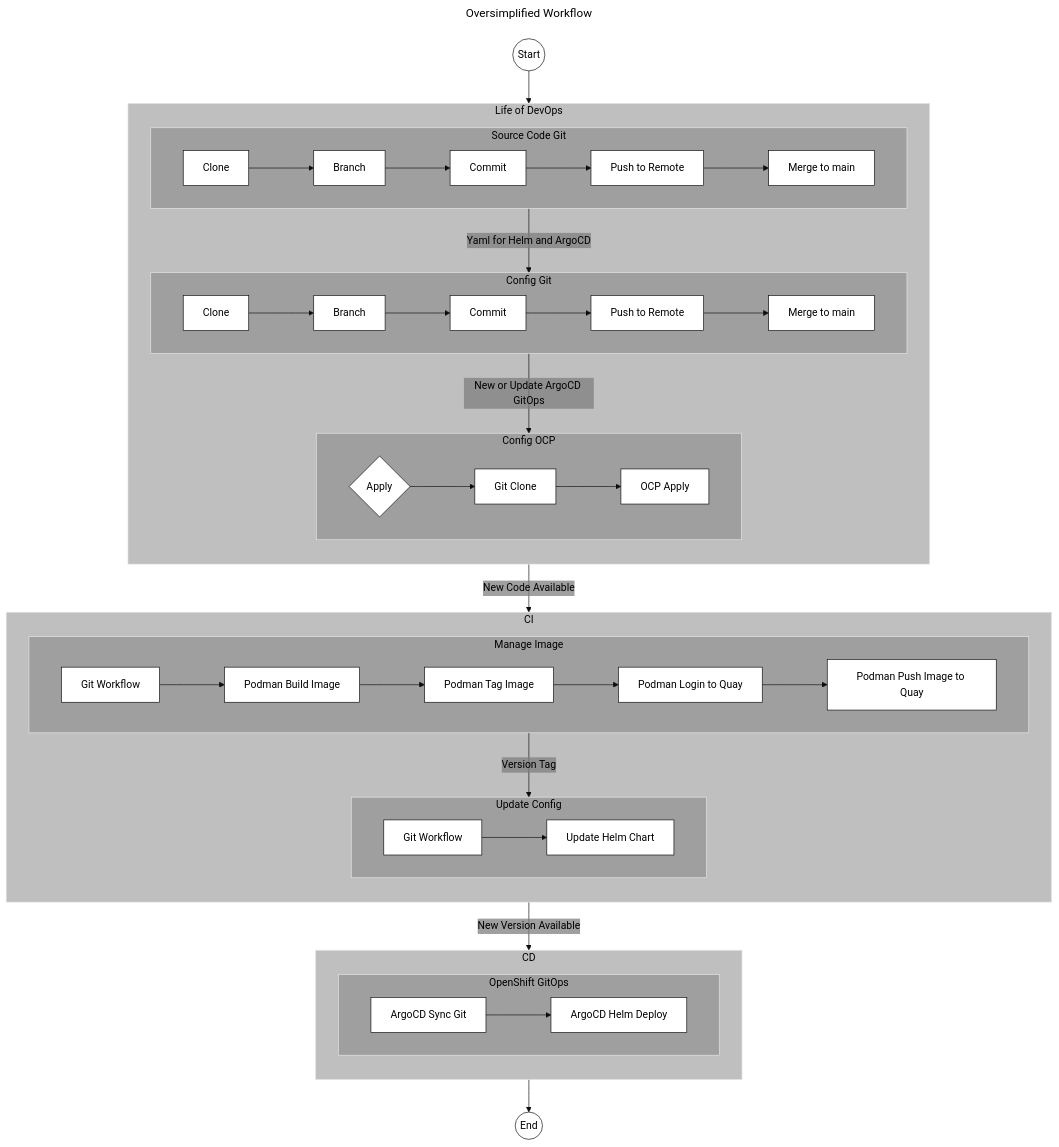
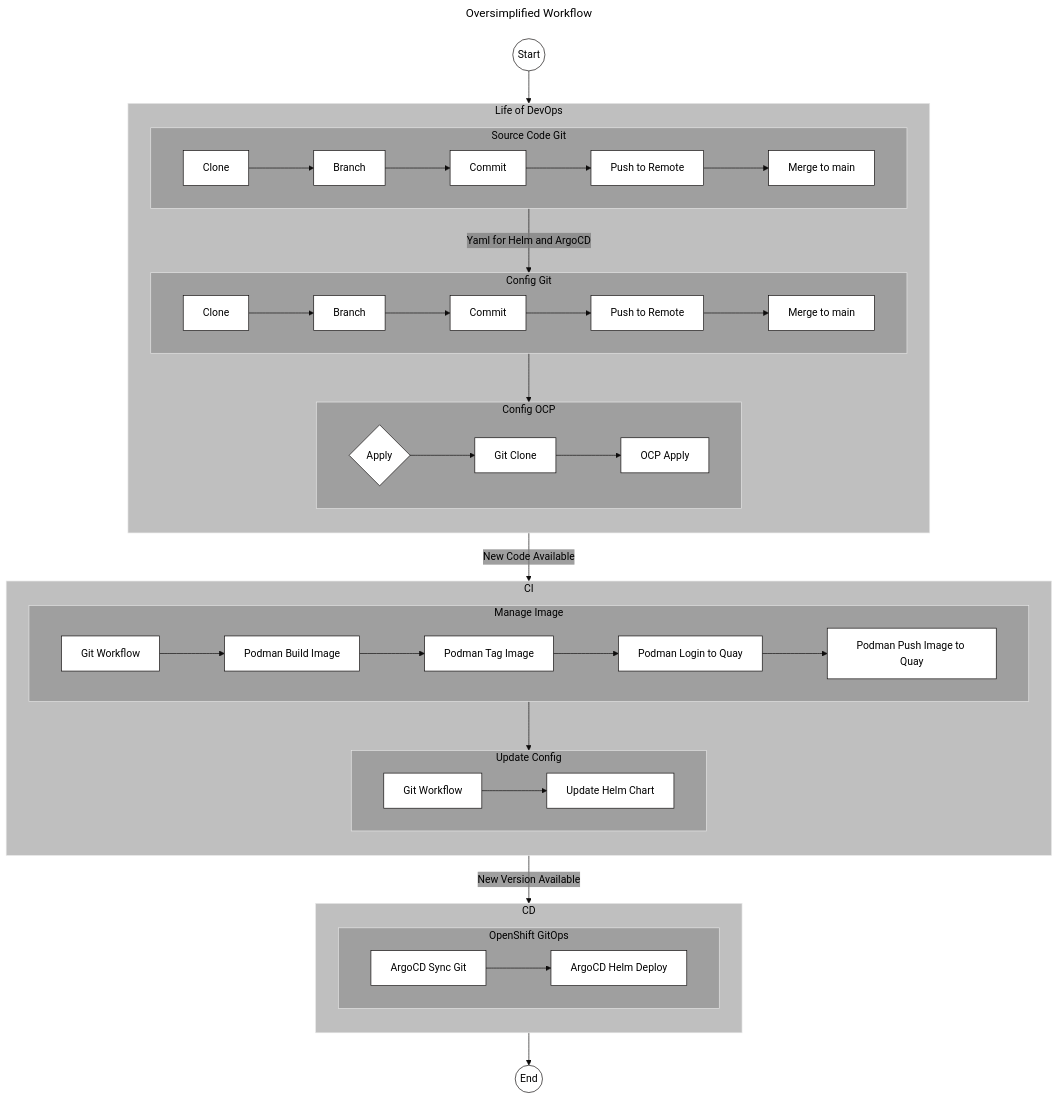
Before and after one commit to ppremru/xyz-app: the diagram in README.md, drawn with Mermaid.

````diff
--- a/README.md
+++ b/README.md
@@ -41,69 +41,69 @@
 ```mermaid
 ---
 title: Oversimplified Workflow
 config:
   theme: 'base'
   themeVariables:
     primaryColor: '#FFFFFFFF'
     primaryTextColor: '#000000'
     primaryBorderColor: '#0c0909ff'
     clusterBkg: '#80808080'
     lineColor: '#0e0d0dff'
     secondaryColor: '#80808080'
 ---
 flowchart TB
     subgraph 0[Life of DevOps]
         direction TB
         subgraph s[Source Code Git]
             direction LR
             s1[Clone] --> s2[Branch]
             s2 --> s3[Commit]
             s3 --> s4[Push to Remote]
             s4 --> s5[Merge to main]
         end
         subgraph c[Config Git]
             direction LR
             c1[Clone] --> c2[Branch]
             c2 --> c3[Commit]
             c3 --> c4[Push to Remote]
             c4 --> c5[Merge to main]
         end
         s -- "Yaml for Helm and ArgoCD" --> c
         subgraph x[Config OCP]
             direction LR
             x0{Apply} --> x1[Git Clone]
             x1 --> x2[OCP Apply]
         end
-        c -- "New or Update ArgoCD GitOps" --> x
+        c --> x
     end
 
     subgraph 1[CI]
         direction TB
         subgraph buildimage[Manage Image]
             direction LR
             buildimage0[Git Workflow] --> buildimage1[Podman Build Image]
             buildimage1 --> buildimage2[Podman Tag Image]
             buildimage2 --> buildimage3[Podman Login to Quay]
             buildimage3 --> buildimage4[Podman Push Image to Quay]
         end
         subgraph updateconfig[Update Config]
             direction LR
             updateimage0[Git Workflow] --> updateimage1[Update Helm Chart]
         end
-        buildimage -- "Version Tag" --> updateconfig
+        buildimage --> updateconfig
     end
 
 
     subgraph 2[CD]
         direction TB
         subgraph OCP[OpenShift GitOps]
             direction LR
             OCP1[ArgoCD Sync Git] --> OCP2[ArgoCD Helm Deploy]
         end
     end
 
     Start((Start)) --> 0
     0 -- "New Code Available" --> 1
     1 -- "New Version Available" --> 2
     2 --> End((End))
 ```
````
